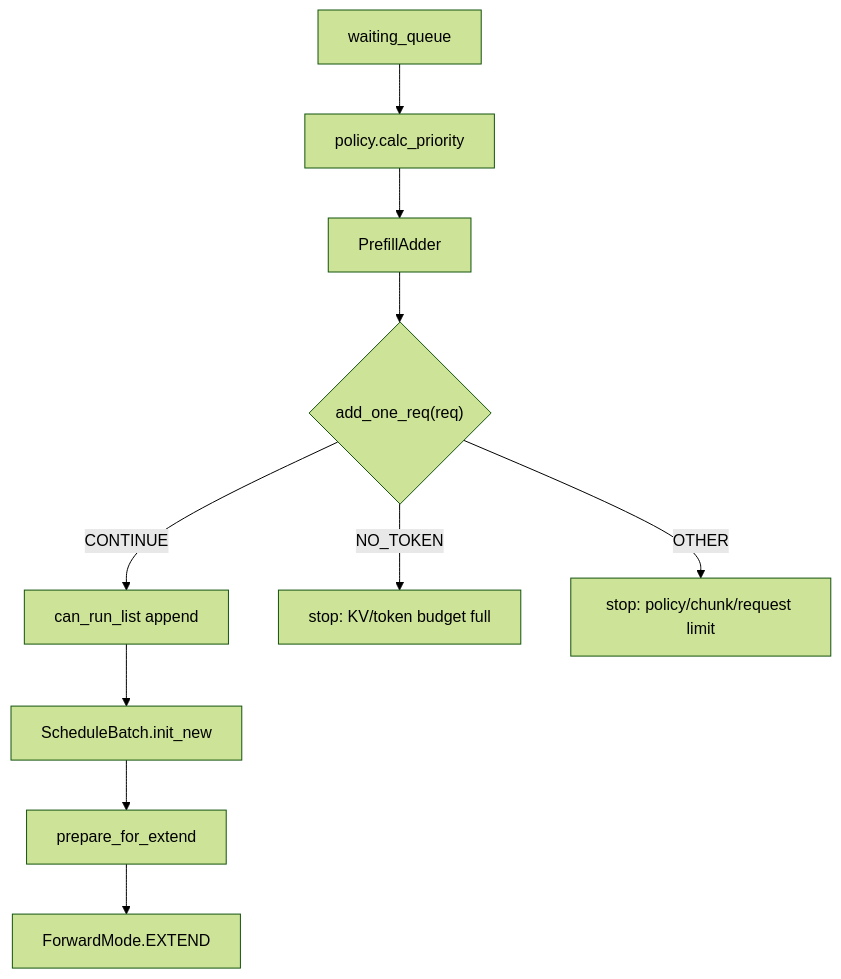
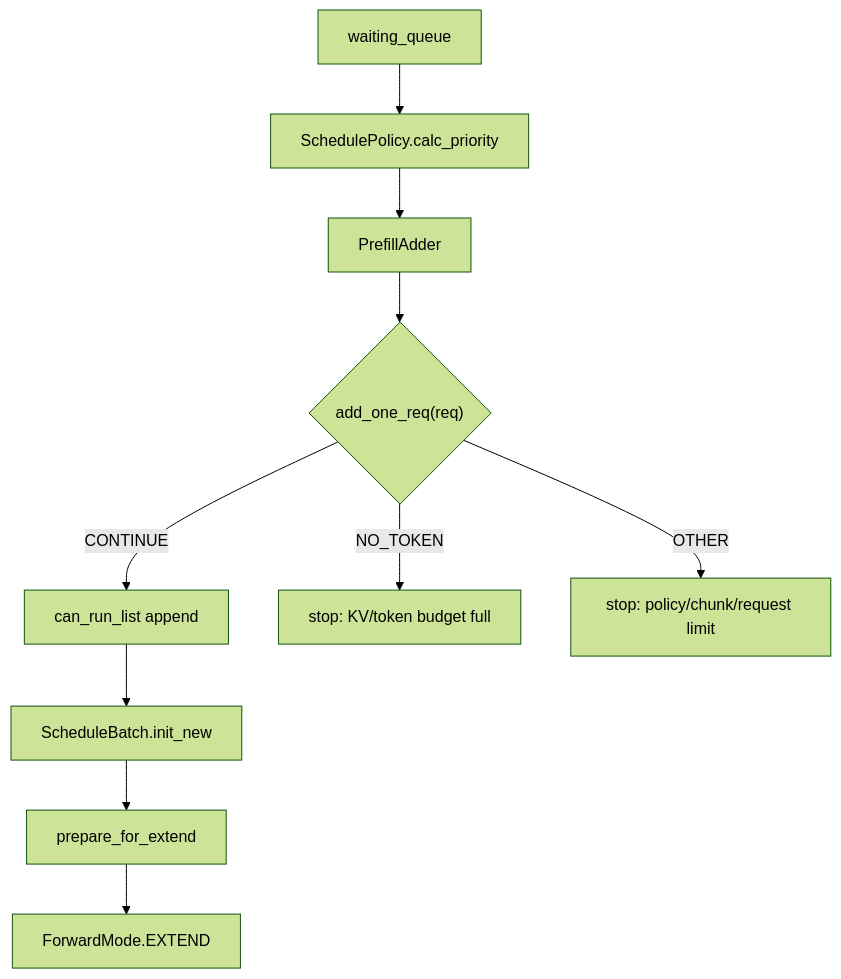
The fifth of 7 diagrams in learning/sglang-source-reading/02-scheduler-core.md (cl-vv-h/SGLang_Tutor), drawn with Mermaid (forest theme) before and after one commit. The commit also changed other lines of this file and 4 other files, not shown here.

````diff
--- a/learning/sglang-source-reading/02-scheduler-core.md
+++ b/learning/sglang-source-reading/02-scheduler-core.md
@@ -194,12 +131,12 @@
 ```mermaid
 flowchart TD
-  A["waiting_queue"] --> B["policy.calc_priority"]
+  A["waiting_queue"] --> B["SchedulePolicy.calc_priority"]
   B --> C["PrefillAdder"]
   C --> D{"add_one_req(req)"}
   D -->|"CONTINUE"| E["can_run_list append"]
   D -->|"NO_TOKEN"| F["stop: KV/token budget full"]
   D -->|"OTHER"| G["stop: policy/chunk/request limit"]
   E --> H["ScheduleBatch.init_new"]
   H --> I["prepare_for_extend"]
   I --> J["ForwardMode.EXTEND"]
 ```
````
